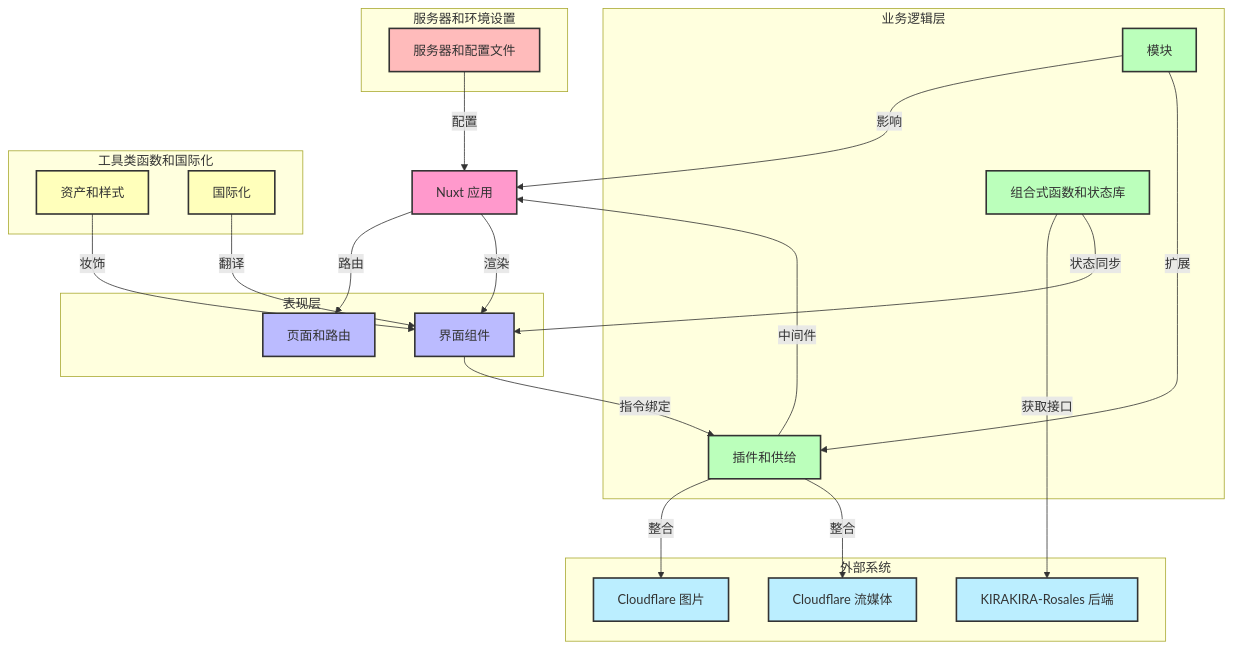
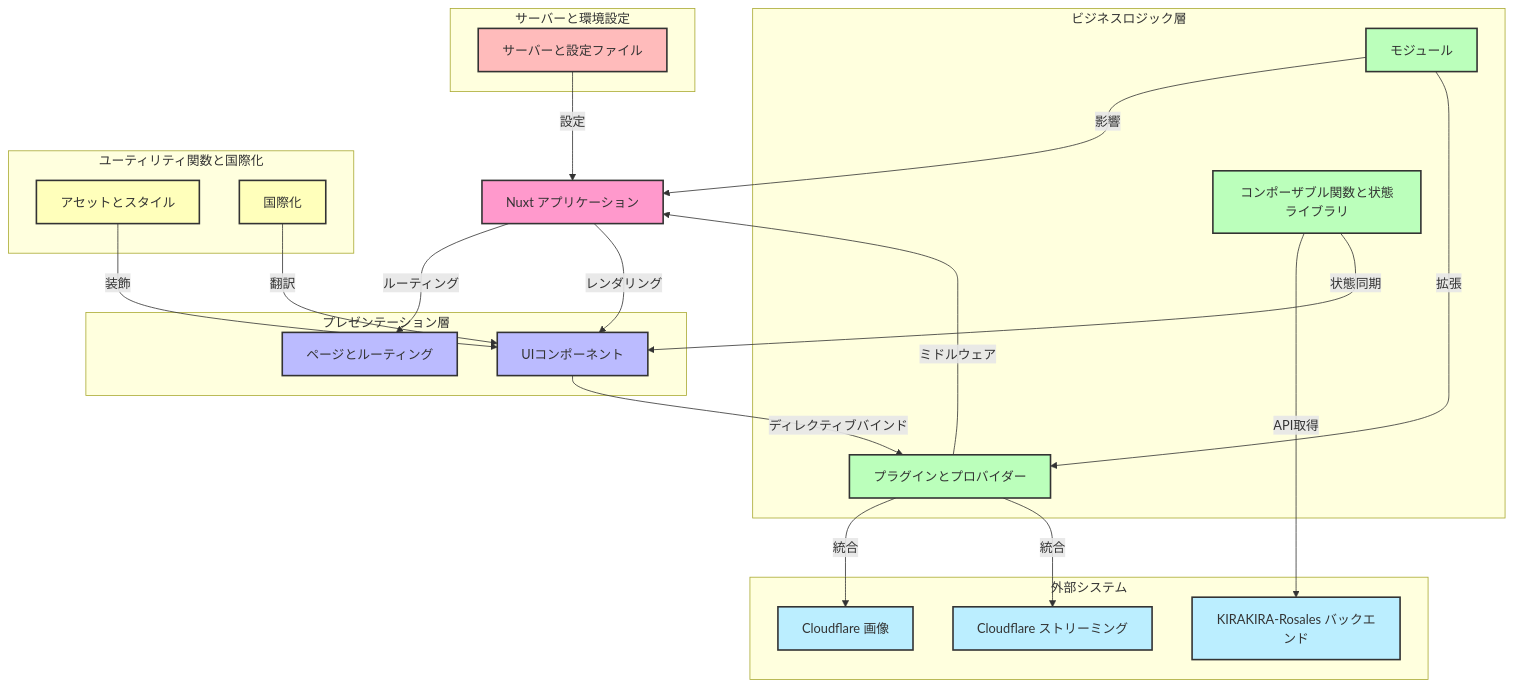
The diagram in KIRAKIRA-Cerasus/README.md (tratiger/KiraKiraDouga-Libre), drawn with Mermaid before and after one commit. The commit also changed other lines of this file and 18 other files, not shown here.

````diff
--- a/KIRAKIRA-Cerasus/README.md
+++ b/KIRAKIRA-Cerasus/README.md
@@ -40,79 +40,79 @@
 ```mermaid
 
 flowchart TD
-    %% 核心应用
-    NuxtApp["Nuxt 应用"]:::frontend
+    %% コアアプリケーション
+    NuxtApp["Nuxt アプリケーション"]:::frontend
 
-    %% 表现层
-    subgraph "表现层"
-        Pages["页面和路由"]:::presentation
-        UIComponents["界面组件"]:::presentation
+    %% プレゼンテーション層
+    subgraph "プレゼンテーション層"
+        Pages["ページとルーティング"]:::presentation
+        UIComponents["UIコンポーネント"]:::presentation
     end
 
-    %% 业务逻辑层
-    subgraph "业务逻辑层"
-        ComposablesStores["组合式函数和状态库"]:::business
-        Modules["模块"]:::business
-        PluginsProviders["插件和供给"]:::business
+    %% ビジネスロジック層
+    subgraph "ビジネスロジック層"
+        ComposablesStores["コンポーザブル関数と状態ライブラリ"]:::business
+        Modules["モジュール"]:::business
+        PluginsProviders["プラグインとプロバイダー"]:::business
     end
 
-    %% 工具类函数和国际化
-    subgraph "工具类函数和国际化"
-        AssetsStyling["资产和样式"]:::utilities
-        Internationalization["国际化"]:::utilities
+    %% ユーティリティ関数と国際化
+    subgraph "ユーティリティ関数と国際化"
+        AssetsStyling["アセットとスタイル"]:::utilities
+        Internationalization["国際化"]:::utilities
     end
 
-    %% 服务器和环境设置
-    subgraph "服务器和环境设置"
-        ServerEnv["服务器和配置文件"]:::server
+    %% サーバーと環境設定
+    subgraph "サーバーと環境設定"
+        ServerEnv["サーバーと設定ファイル"]:::server
     end
 
-    %% 外部系统
-    subgraph "外部系统"
-        Backend["KIRAKIRA-Rosales 后端"]:::external
-        CloudflareImages["Cloudflare 图片"]:::external
-        CloudflareStream["Cloudflare 流媒体"]:::external
+    %% 外部システム
+    subgraph "外部システム"
+        Backend["KIRAKIRA-Rosales バックエンド"]:::external
+        CloudflareImages["Cloudflare 画像"]:::external
+        CloudflareStream["Cloudflare ストリーミング"]:::external
     end
 
     %% Connections between layers
-    NuxtApp -->|"路由"| Pages
-    NuxtApp -->|"渲染"| UIComponents
-    Modules -->|"影响"| NuxtApp
-    PluginsProviders -->|"中间件"| NuxtApp
-    ComposablesStores -->|"获取接口"| Backend
-    PluginsProviders -->|"整合"| CloudflareImages
-    PluginsProviders -->|"整合"| CloudflareStream
-    UIComponents -->|"指令绑定"| PluginsProviders
-    AssetsStyling -->|"妆饰"| UIComponents
-    Internationalization -->|"翻译"| UIComponents
-    ComposablesStores -->|"状态同步"| UIComponents
-    Modules -->|"扩展"| PluginsProviders
-    ServerEnv -->|"配置"| NuxtApp
+    NuxtApp -->|"ルーティング"| Pages
+    NuxtApp -->|"レンダリング"| UIComponents
+    Modules -->|"影響"| NuxtApp
+    PluginsProviders -->|"ミドルウェア"| NuxtApp
+    ComposablesStores -->|"API取得"| Backend
+    PluginsProviders -->|"統合"| CloudflareImages
+    PluginsProviders -->|"統合"| CloudflareStream
+    UIComponents -->|"ディレクティブバインド"| PluginsProviders
+    AssetsStyling -->|"装飾"| UIComponents
+    Internationalization -->|"翻訳"| UIComponents
+    ComposablesStores -->|"状態同期"| UIComponents
+    Modules -->|"拡張"| PluginsProviders
+    ServerEnv -->|"設定"| NuxtApp
 
     %% Class definitions with colors
     classDef frontend fill:#f9c,stroke:#333,stroke-width:2px;
     classDef presentation fill:#bbf,stroke:#333,stroke-width:2px;
     classDef business fill:#bfb,stroke:#333,stroke-width:2px;
     classDef utilities fill:#ffb,stroke:#333,stroke-width:2px;
     classDef server fill:#fbb,stroke:#333,stroke-width:2px;
     classDef external fill:#bef,stroke:#333,stroke-width:2px;
 
     %% Click Events
     click NuxtApp "https://github.com/kirakira-douga/kirakira-cerasus/blob/develop/nuxt.config.ts"
     click NuxtApp "https://github.com/kirakira-douga/kirakira-cerasus/blob/develop/app.vue"
     click Pages "https://github.com/kirakira-douga/kirakira-cerasus/tree/develop/pages"
     click UIComponents "https://github.com/kirakira-douga/kirakira-cerasus/tree/develop/components"
     click Modules "https://github.com/kirakira-douga/kirakira-cerasus/tree/develop/modules"
     click ComposablesStores "https://github.com/kirakira-douga/kirakira-cerasus/tree/develop/composables"
     click ComposablesStores "https://github.com/kirakira-douga/kirakira-cerasus/blob/develop/stores/app-settings.ts"
     click AssetsStyling "https://github.com/kirakira-douga/kirakira-cerasus/tree/develop/assets"
     click AssetsStyling "https://github.com/kirakira-douga/kirakira-cerasus/tree/develop/helpers"
     click AssetsStyling "https://github.com/kirakira-douga/kirakira-cerasus/tree/develop/utils"
     click PluginsProviders "https://github.com/kirakira-douga/kirakira-cerasus/tree/develop/plugins"
     click PluginsProviders "https://github.com/kirakira-douga/kirakira-cerasus/tree/develop/providers/nuxt-image"
     click Internationalization "https://github.com/kirakira-douga/kirakira-cerasus/tree/develop/locales"
     click ServerEnv "https://github.com/kirakira-douga/kirakira-cerasus/tree/develop/server"
     click ServerEnv "https://github.com/kirakira-douga/kirakira-cerasus/blob/develop/tsconfig.json"
     click ServerEnv "https://github.com/kirakira-douga/kirakira-cerasus/blob/develop/.npmrc"
     click ServerEnv "https://github.com/kirakira-douga/kirakira-cerasus/blob/develop/pnpm-lock.yaml"
 ```
````
